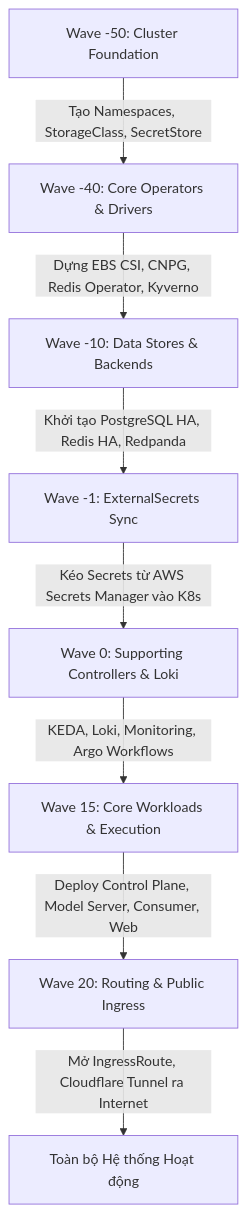
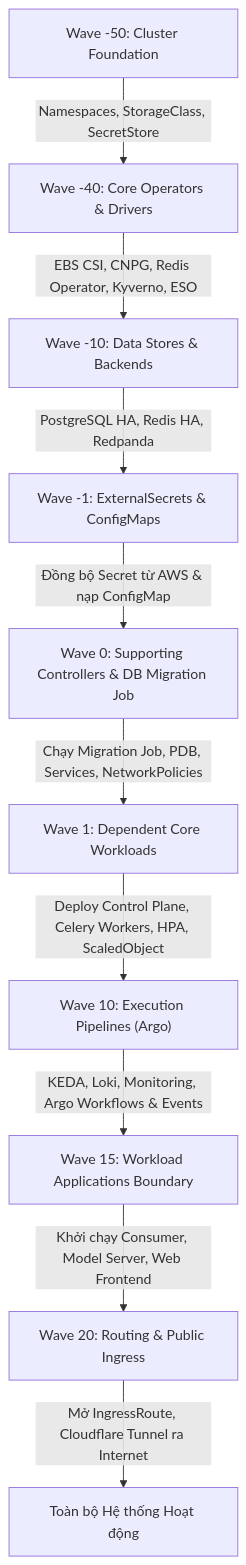
Before and after one commit to Viet-Hoang-2005/MLOps-paas-system: the diagram in k8s/README.md, drawn with Mermaid. The commit also changed other lines of this file and 19 other files, not shown here.

Commit message:
feat: configure network policies for workflow templates

````diff
--- a/k8s/README.md
+++ b/k8s/README.md
@@ -56,18 +57,22 @@
 ```mermaid
 flowchart TD
     W_M50["Wave -50: Cluster Foundation"]
     W_M40["Wave -40: Core Operators & Drivers"]
     W_M10["Wave -10: Data Stores & Backends"]
-    W_M1["Wave -1: ExternalSecrets Sync"]
-    W_0["Wave 0: Supporting Controllers & Loki"]
-    W_15["Wave 15: Core Workloads & Execution"]
+    W_M1["Wave -1: ExternalSecrets & ConfigMaps"]
+    W_0["Wave 0: Supporting Controllers & DB Migration Job"]
+    W_1["Wave 1: Dependent Core Workloads"]
+    W_10["Wave 10: Execution Pipelines (Argo)"]
+    W_15["Wave 15: Workload Applications Boundary"]
     W_20["Wave 20: Routing & Public Ingress"]
 
-    W_M50 -->|Tạo Namespaces, StorageClass, SecretStore| W_M40
-    W_M40 -->|Dựng EBS CSI, CNPG, Redis Operator, Kyverno| W_M10
-    W_M10 -->|Khởi tạo PostgreSQL HA, Redis HA, Redpanda| W_M1
-    W_M1  -->|Kéo Secrets từ AWS Secrets Manager vào K8s| W_0
-    W_0   -->|KEDA, Loki, Monitoring, Argo Workflows| W_15
-    W_15  -->|Deploy Control Plane, Model Server, Consumer, Web| W_20
+    W_M50 -->|Namespaces, StorageClass, SecretStore| W_M40
+    W_M40 -->|EBS CSI, CNPG, Redis Operator, Kyverno, ESO| W_M10
+    W_M10 -->|PostgreSQL HA, Redis HA, Redpanda| W_M1
+    W_M1  -->|Đồng bộ Secret từ AWS & nạp ConfigMap| W_0
+    W_0   -->|Chạy Migration Job, PDB, Services, NetworkPolicies| W_1
+    W_1   -->|Deploy Control Plane, Celery Workers, HPA, ScaledObject| W_10
+    W_10  -->|KEDA, Loki, Monitoring, Argo Workflows & Events| W_15
+    W_15  -->|Khởi chạy Consumer, Model Server, Web Frontend| W_20
     W_20  -->|Mở IngressRoute, Cloudflare Tunnel ra Internet| Ready["Toàn bộ Hệ thống Hoạt động"]
 ```
````
